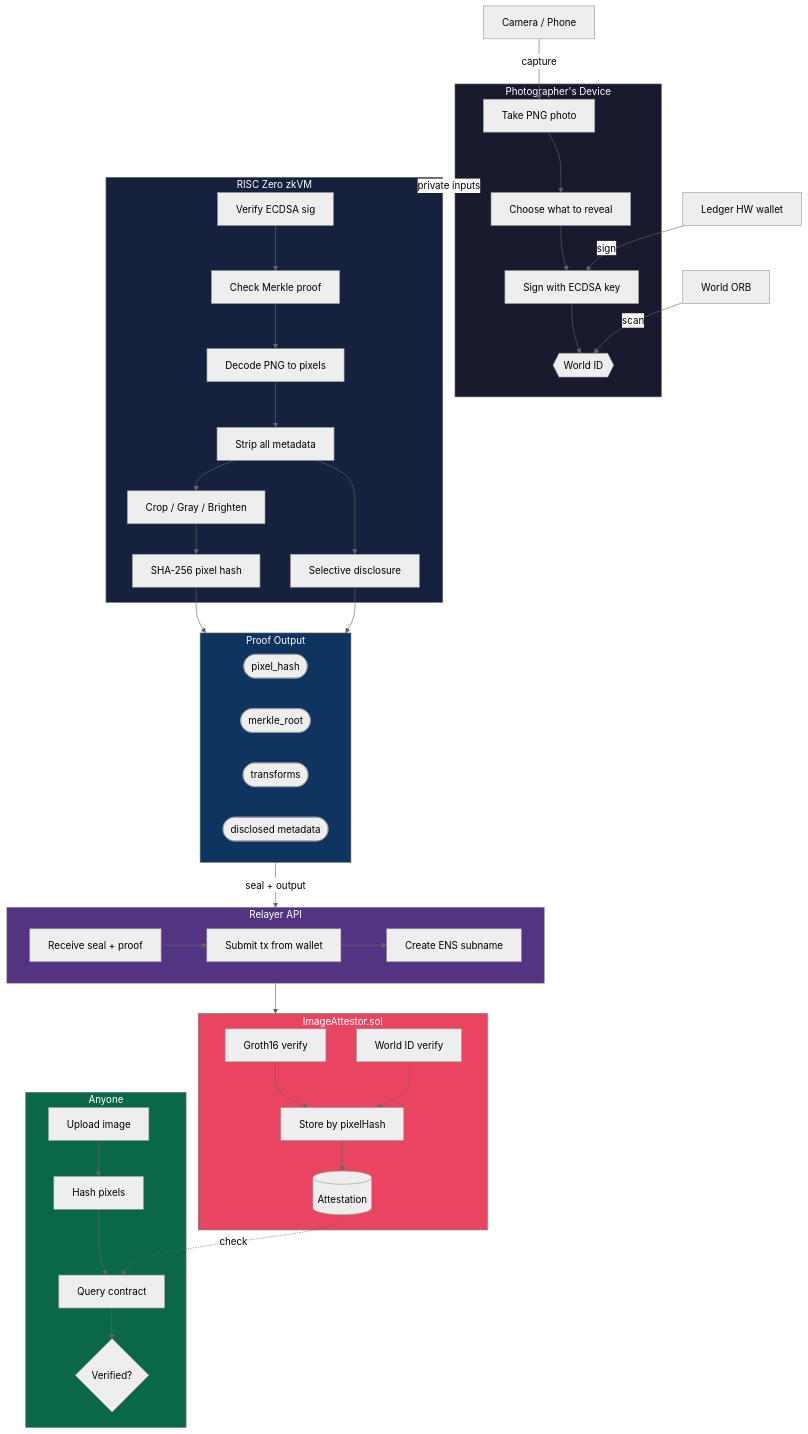
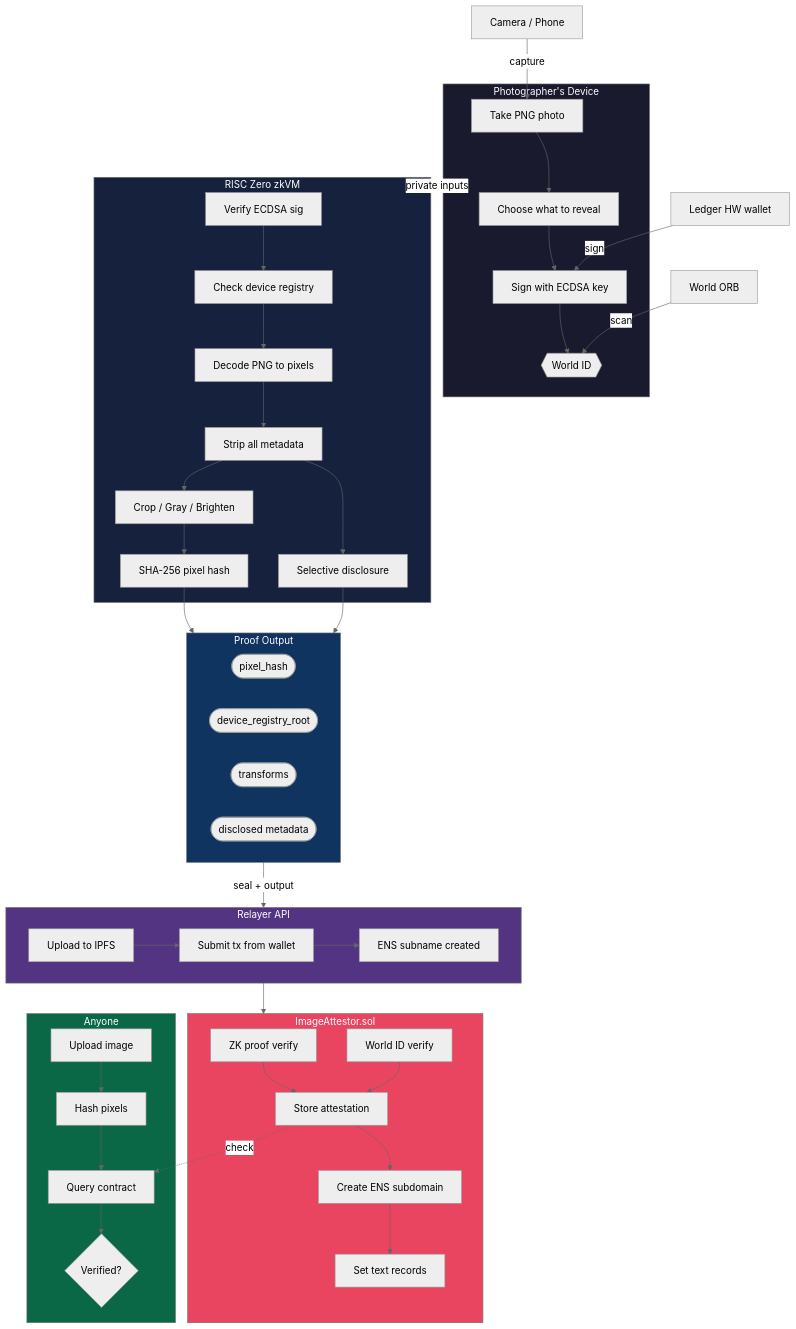
Before and after one commit to pycckuu/proof-frame: the diagram in README.md, drawn with Mermaid (neutral theme). The commit also changed other lines of this file, not shown here.

````diff
--- a/README.md
+++ b/README.md
@@ -39,77 +63,78 @@
 ```mermaid
 flowchart TD
     CAM["Camera / Phone"]
     LED["Ledger HW wallet"]
     ORB["World ORB"]
 
     subgraph DEVICE [" Photographer's Device "]
         A1["Take PNG photo"]
         A2["Choose what to reveal"]
         A3["Sign with ECDSA key"]
         A4{{"World ID"}}
         A1 --> A2 --> A3 --> A4
     end
 
     CAM -- "capture" --> A1
     LED -- "sign" --> A3
     ORB -- "scan" --> A4
 
     subgraph ZK [" RISC Zero zkVM "]
         B1["Verify ECDSA sig"]
-        B2["Check Merkle proof"]
+        B2["Check device registry"]
         B3["Decode PNG to pixels"]
         B4["Strip all metadata"]
         B5["Crop / Gray / Brighten"]
         B6["SHA-256 pixel hash"]
         B7["Selective disclosure"]
         B1 --> B2 --> B3
         B3 --> B4 --> B5 --> B6
         B4 --> B7
     end
 
     subgraph OUT [" Proof Output "]
         C1([pixel_hash])
-        C2([merkle_root])
+        C2([device_registry_root])
         C3([transforms])
         C4([disclosed metadata])
     end
 
     subgraph RELAY [" Relayer API "]
-        D1["Receive seal + proof"]
+        D1["Upload to IPFS"]
         D2["Submit tx from wallet"]
-        D3["Create ENS subname"]
+        D3["ENS subname created"]
         D1 --> D2 --> D3
     end
 
     subgraph CHAIN [" ImageAttestor.sol "]
-        E1["Groth16 verify"]
+        E1["ZK proof verify"]
         E2["World ID verify"]
-        E3["Store by pixelHash"]
-        E4[("Attestation")]
+        E3["Store attestation"]
+        E5["Create ENS subdomain"]
+        E6["Set text records"]
         E1 --> E3
-        E2 -.-> E3
-        E3 --> E4
+        E2 --> E3
+        E3 --> E5 --> E6
     end
 
     subgraph VERIFY [" Anyone "]
         F1["Upload image"]
         F2["Hash pixels"]
         F3["Query contract"]
         F4{"Verified?"}
         F1 --> F2 --> F3 --> F4
     end
 
     DEVICE -- "private inputs" --> ZK
     B6 --> OUT
     B7 --> OUT
     OUT -- "seal + output" --> RELAY
     RELAY --> CHAIN
-    E4 -. "check" .-> F3
+    E3 -. "check" .-> F3
 
     style DEVICE fill:#1a1a2e,color:#fff
     style ZK fill:#16213e,color:#fff
     style OUT fill:#0f3460,color:#fff
     style RELAY fill:#533483,color:#fff
     style CHAIN fill:#e94560,color:#fff
     style VERIFY fill:#0a6847,color:#fff
 ```
````
